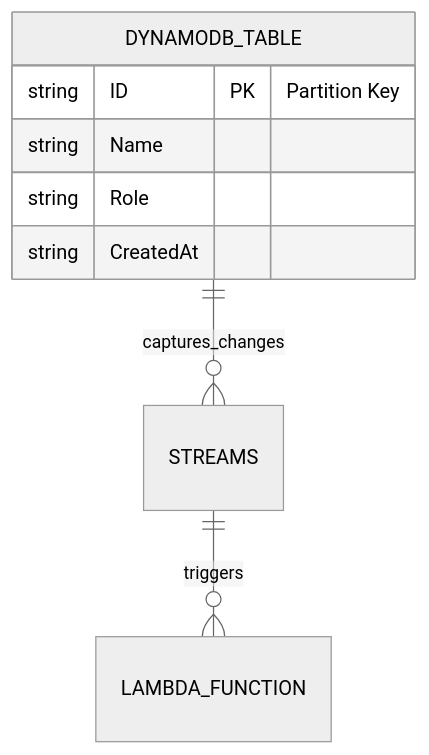
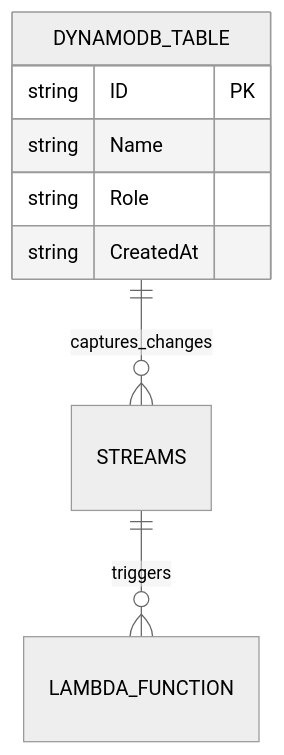
One commit to arkantandel/DynamoDBPulse-with-me- changed the first of 3 diagrams in README.md. Above: the diagram before and after it, drawn with Mermaid (neutral theme). The commit also changed other lines of this file, not shown here.

````diff
--- a/README.md
+++ b/README.md
@@ -118,11 +118,11 @@
 ```mermaid
 erDiagram
     DYNAMODB_TABLE {
-        string ID PK "Partition Key"
+        string ID PK
         string Name
         string Role
         string CreatedAt
     }
     DYNAMODB_TABLE ||--o{ STREAMS : captures_changes
     STREAMS ||--o{ LAMBDA_FUNCTION : triggers
 ```
````
